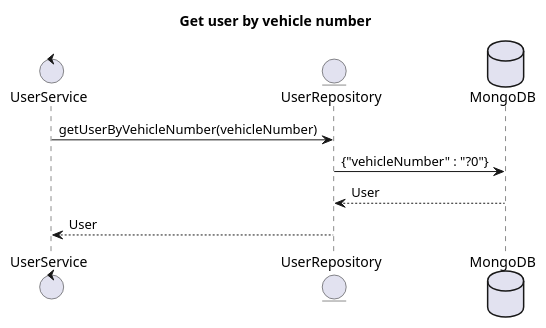
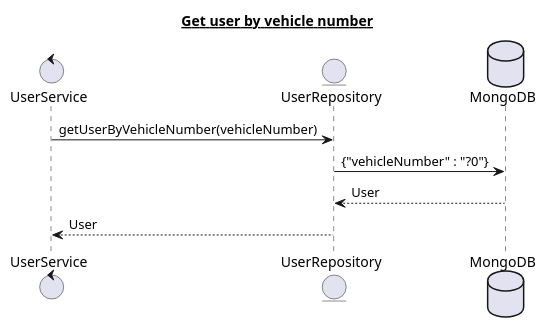
One commit to Akash-k-hub/ParkingLot changed the diagram in flows/user/getUserByVehicleNumber.puml. Above: the diagram before and after it, drawn with PlantUML. The commit also changed 19 other files, not shown here.

```diff
--- a/flows/user/getUserByVehicleNumber.puml
+++ b/flows/user/getUserByVehicleNumber.puml
@@ -1,15 +1,15 @@
 @startuml
-title "Get user by vehicle number"
+title <U> Get user by vehicle number
 
 
 control "UserService" as Service
 entity UserRepository as Dao
 database MongoDB as DB
 
 
 Service -> Dao : getUserByVehicleNumber(vehicleNumber)
 Dao -> DB : {"vehicleNumber" : "?0"}
 DB --> Dao : User
 Dao --> Service : User
 
 @enduml
```
